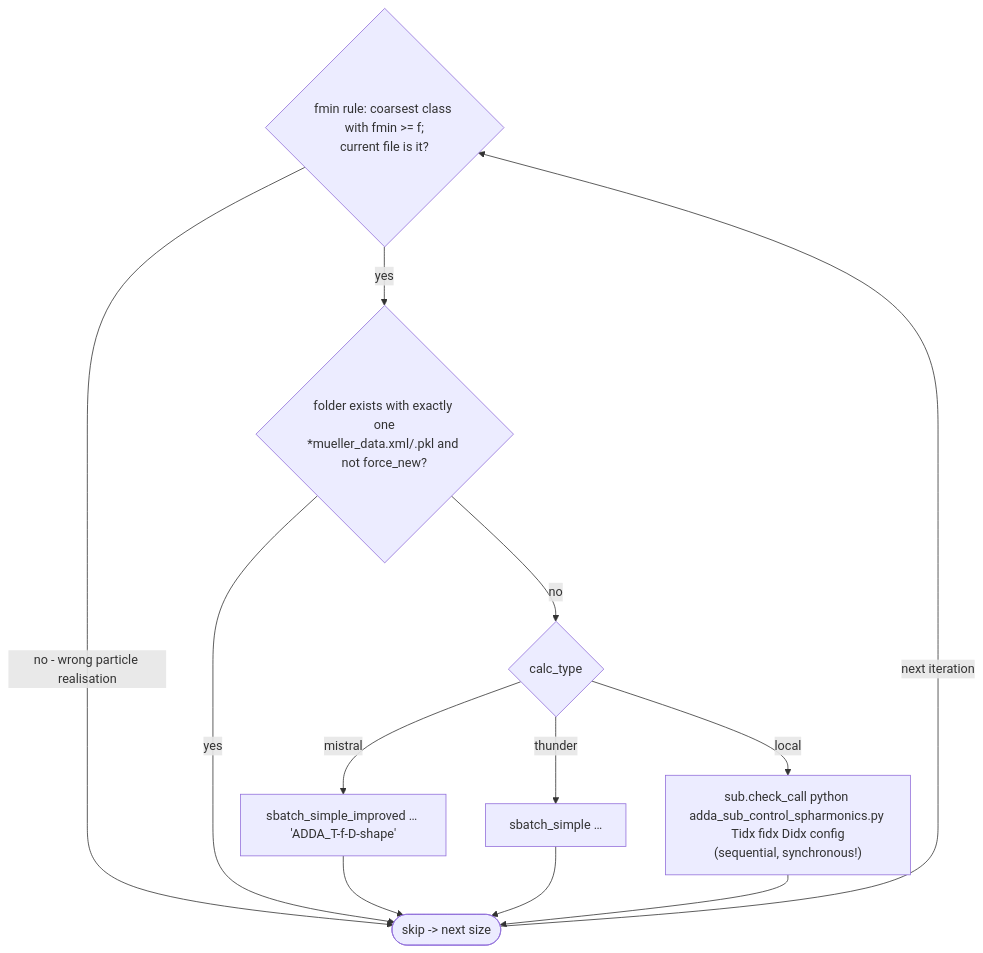
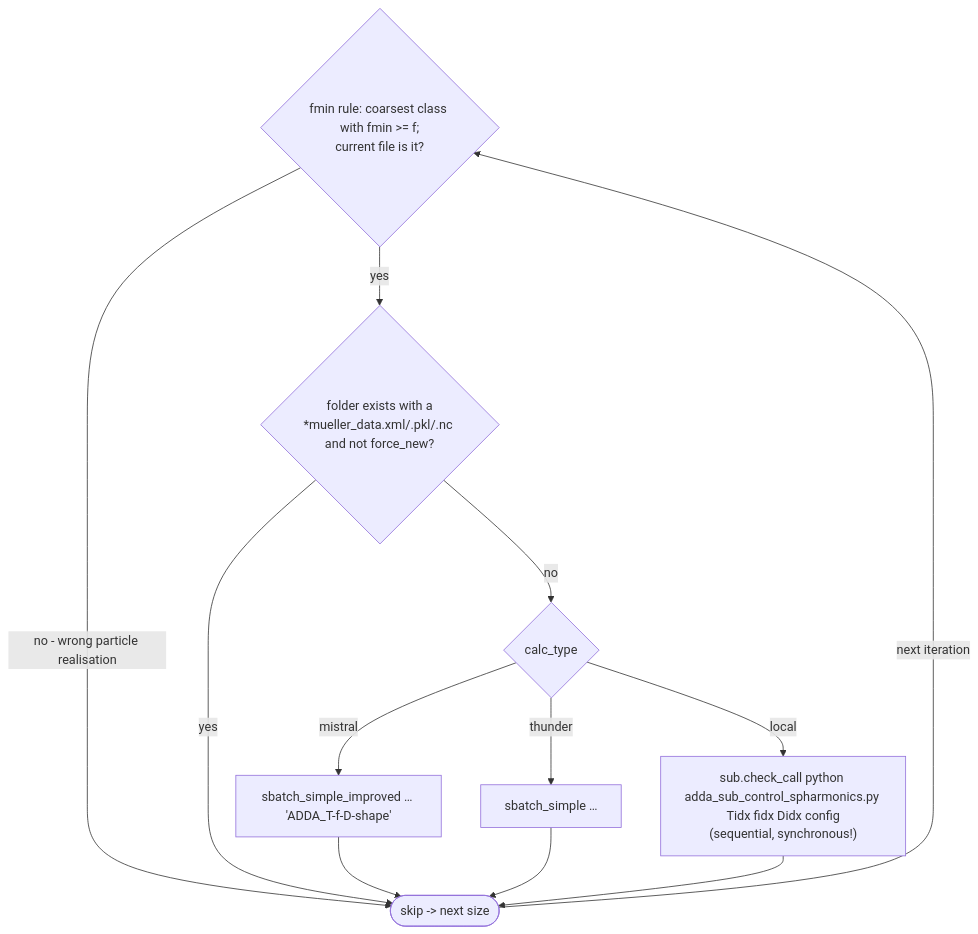
The seventh of 11 diagrams in docs/DDA-manual.md (m-brath/DDA), drawn with Mermaid before and after one commit. The commit also changed other lines of this file and 10 other files, not shown here.

````diff
--- a/docs/DDA-manual.md
+++ b/docs/DDA-manual.md
@@ -719,13 +719,13 @@
 ```mermaid
 flowchart TD
     SEL{"fmin rule: coarsest class with fmin &gt;= f;<br/>current file is it?"}
     SEL -->|"no - wrong particle realisation"| SKIP2(["skip -&gt; next size"])
-    SEL -->|yes| DONE{"folder exists with exactly one<br/>*mueller_data.xml/.pkl and not force_new?"}
+    SEL -->|yes| DONE{"folder exists with a<br/>*mueller_data.xml/.pkl/.nc and not force_new?"}
     DONE -->|yes| SKIP2
     DONE -->|no| SUBMIT{"calc_type"}
     SUBMIT -->|mistral| SB1["sbatch_simple_improved … 'ADDA_T-f-D-shape'"]
     SUBMIT -->|thunder| SB2["sbatch_simple …"]
     SUBMIT -->|local| LOC["sub.check_call python adda_sub_control_spharmonics.py Tidx fidx Didx config<br/>(sequential, synchronous!)"]
     SB1 & SB2 & LOC --> SKIP2
     SKIP2 -->|next iteration| SEL
 ```
````
